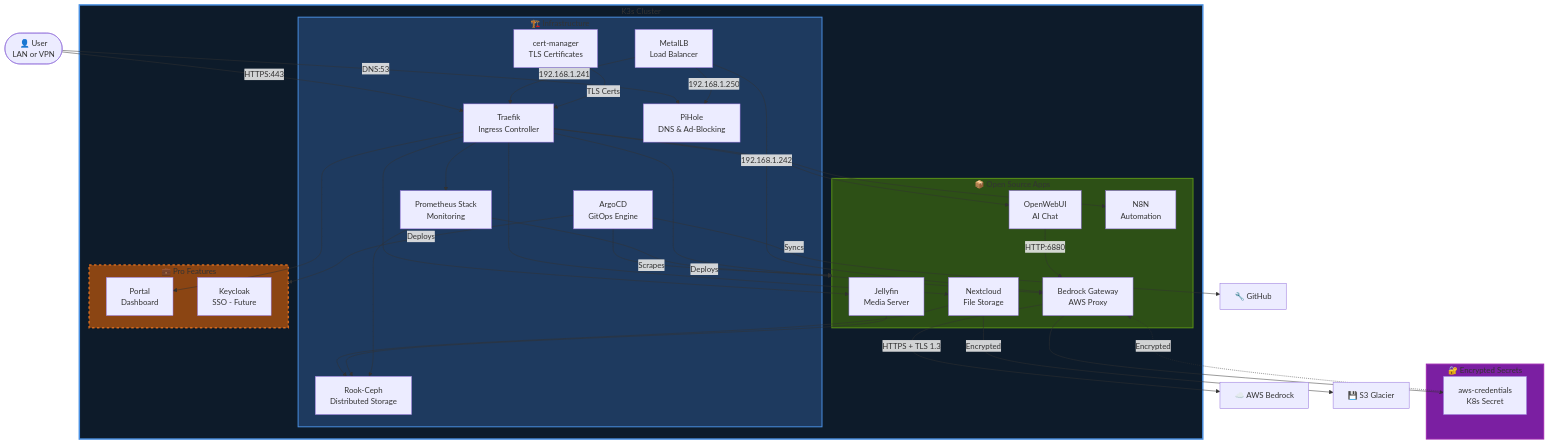
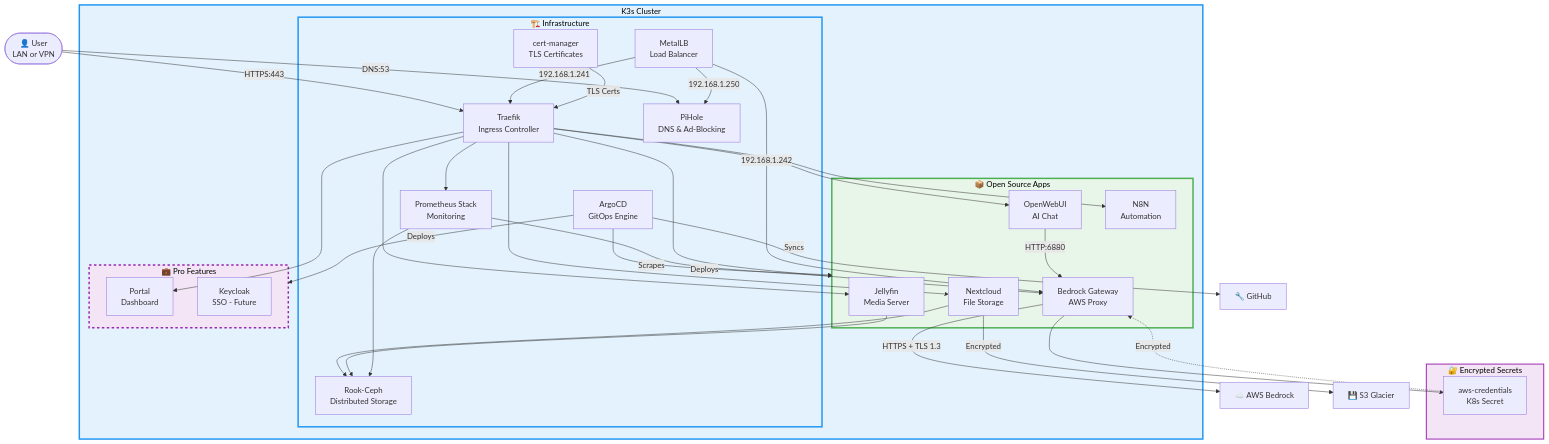
One commit to seadogger-tech/seadogger-homelab changed the second of 6 diagrams in docs/wiki/02-Architecture.md. Above: the diagram before and after it, drawn with Mermaid. The commit also changed other lines of this file and 1 other file, not shown here.

First line of the commit message:
Update all Mermaid diagram colors for light/dark mode compatibility

````diff
--- a/docs/wiki/02-Architecture.md
+++ b/docs/wiki/02-Architecture.md
@@ -72,76 +72,76 @@
 ```mermaid
 graph TB
     User([👤 User<br/>LAN or VPN])
 
     subgraph K3s["K3s Cluster"]
         subgraph Infrastructure["🏗️ Infrastructure"]
             Traefik[Traefik<br/>Ingress Controller]
             MetalLB[MetalLB<br/>Load Balancer]
             Ceph[Rook-Ceph<br/>Distributed Storage]
             CertMgr[cert-manager<br/>TLS Certificates]
             ArgoCD[ArgoCD<br/>GitOps Engine]
             Prom[Prometheus Stack<br/>Monitoring]
             PiHole[PiHole<br/>DNS & Ad-Blocking]
         end
 
         subgraph Apps["📦 Open Source Apps"]
             Nextcloud[Nextcloud<br/>File Storage]
             Jellyfin[Jellyfin<br/>Media Server]
             OpenWebUI[OpenWebUI<br/>AI Chat]
             N8N[N8N<br/>Automation]
             Bedrock_GW[Bedrock Gateway<br/>AWS Proxy]
         end
 
         subgraph Pro["💼 Pro Features"]
             Portal[Portal<br/>Dashboard]
             Keycloak[Keycloak<br/>SSO - Future]
         end
     end
 
     subgraph Secrets["🔐 Encrypted Secrets"]
         AWS_Secret[aws-credentials<br/>K8s Secret]
     end
 
     GitHub[🔧 GitHub]
     AWS[☁️ AWS Bedrock]
     S3[💾 S3 Glacier]
 
     User -->|HTTPS:443| Traefik
     User -->|DNS:53| PiHole
 
     Traefik --> Nextcloud
     Traefik --> Jellyfin
     Traefik --> OpenWebUI
     Traefik --> N8N
     Traefik --> Portal
     Traefik --> Prom
     Traefik --> Bedrock_GW
 
     ArgoCD -->|Deploys| Apps
     ArgoCD -->|Deploys| Pro
     ArgoCD -->|Syncs| GitHub
 
     MetalLB -->|192.168.1.241| Traefik
     MetalLB -->|192.168.1.250| PiHole
     MetalLB -->|192.168.1.242| Bedrock_GW
 
     CertMgr -->|TLS Certs| Traefik
 
     Nextcloud --> Ceph
     Jellyfin --> Ceph
     Prom --> Ceph
 
     Bedrock_GW --> AWS_Secret
     AWS_Secret -.->|Encrypted| Bedrock_GW
 
     Prom -->|Scrapes| Apps
     OpenWebUI -->|HTTP:6880| Bedrock_GW
     Bedrock_GW -->|HTTPS + TLS 1.3| AWS
     Nextcloud -->|Encrypted| S3
 
-    style Infrastructure fill:#1e3a5f,stroke:#4a90e2,stroke-width:2px
-    style Apps fill:#2d5016,stroke:#5a9216,stroke-width:2px
-    style Pro fill:#8b4513,stroke:#d2691e,stroke-width:3px,stroke-dasharray: 5 5
-    style K3s fill:#0d1b2a,stroke:#4a90e2,stroke-width:3px
-    style Secrets fill:#7b1fa2,stroke:#9c27b0,stroke-width:2px
+    style Infrastructure fill:#e3f2fd,stroke:#2196f3,stroke-width:3px,color:#000
+    style Apps fill:#e8f5e9,stroke:#4caf50,stroke-width:3px,color:#000
+    style Pro fill:#f3e5f5,stroke:#9c27b0,stroke-width:3px,stroke-dasharray: 5 5,color:#000
+    style K3s fill:#e3f2fd,stroke:#2196f3,stroke-width:3px,color:#000
+    style Secrets fill:#f3e5f5,stroke:#9c27b0,stroke-width:2px,color:#000
 ```
````
